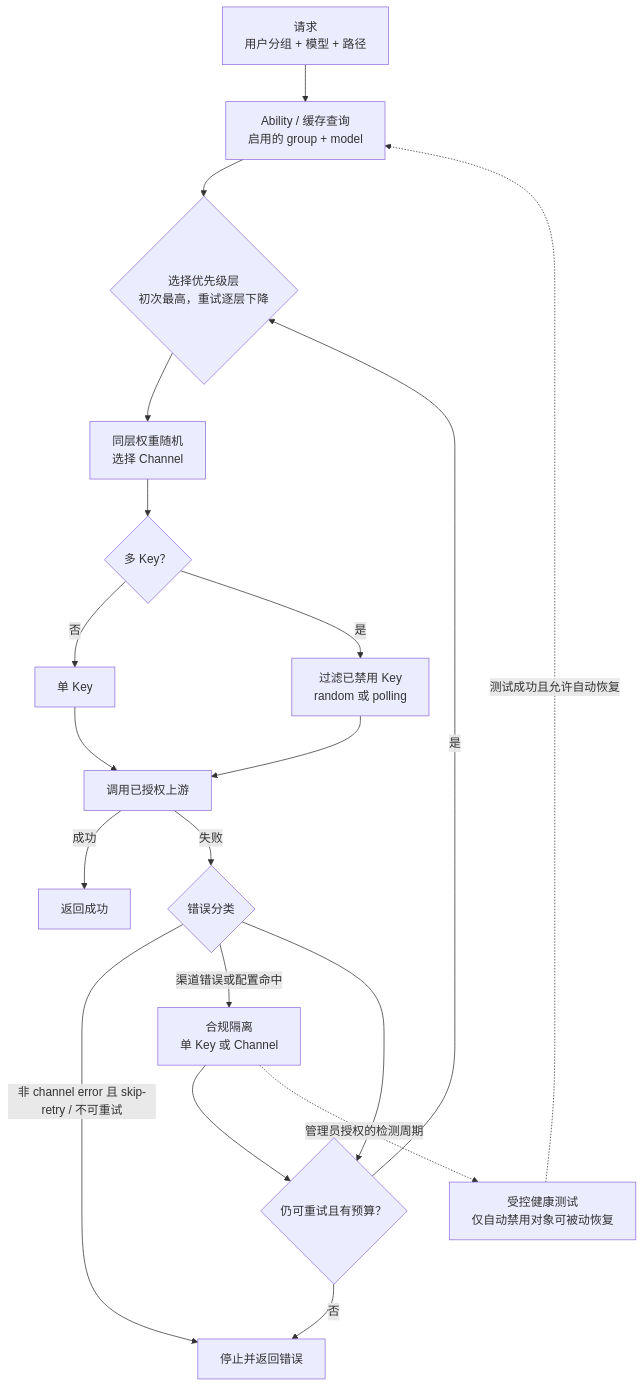
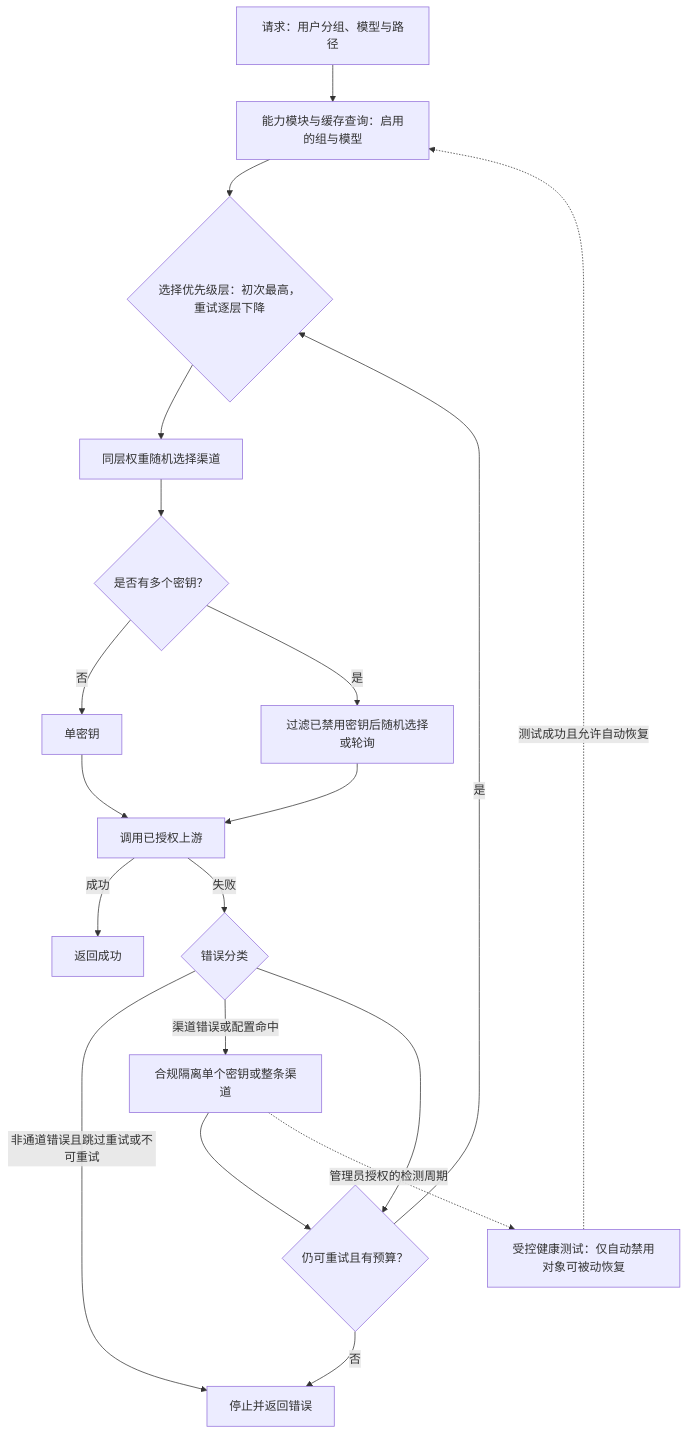
The diagram in content/cases/new-api-channel-pool-routing.mdx (sealday/tego-arch), drawn with Mermaid before and after one commit. The commit also changed other lines of this file and 73 other files, not shown here.

````diff
--- a/content/cases/new-api-channel-pool-routing.mdx
+++ b/content/cases/new-api-channel-pool-routing.mdx
@@ -111,31 +111,31 @@
 ```mermaid
 flowchart TD
-    REQ["请求\n用户分组 + 模型 + 路径"]
-    AB["Ability / 缓存查询\n启用的 group + model"]
-    P{"选择优先级层\n初次最高，重试逐层下降"}
-    W["同层权重随机\n选择 Channel"]
-    K{"多 Key？"}
-    SK["单 Key"]
-    MK["过滤已禁用 Key\nrandom 或 polling"]
+    REQ["请求：用户分组、模型与路径"]
+    AB["能力模块与缓存查询：启用的组与模型"]
+    P{"选择优先级层：初次最高，重试逐层下降"}
+    W["同层权重随机选择渠道"]
+    K{"是否有多个密钥？"}
+    SK["单密钥"]
+    MK["过滤已禁用密钥后随机选择或轮询"]
     UP["调用已授权上游"]
     OK["返回成功"]
     ERR{"错误分类"}
     STOP["停止并返回错误"]
-    ISO["合规隔离\n单 Key 或 Channel"]
+    ISO["合规隔离单个密钥或整条渠道"]
     RETRY{"仍可重试且有预算？"}
-    TEST["受控健康测试\n仅自动禁用对象可被动恢复"]
+    TEST["受控健康测试：仅自动禁用对象可被动恢复"]
 
     REQ --> AB --> P --> W --> K
     K -->|"否"| SK --> UP
     K -->|"是"| MK --> UP
     UP -->|"成功"| OK
     UP -->|"失败"| ERR
-    ERR -->|"非 channel error 且 skip-retry / 不可重试"| STOP
+    ERR -->|"非通道错误且跳过重试或不可重试"| STOP
     ERR -->|"渠道错误或配置命中"| ISO
     ERR --> RETRY
     ISO --> RETRY
     RETRY -->|"是"| P
     RETRY -->|"否"| STOP
     ISO -. "管理员授权的检测周期" .-> TEST
     TEST -. "测试成功且允许自动恢复" .-> AB
 ```
````
